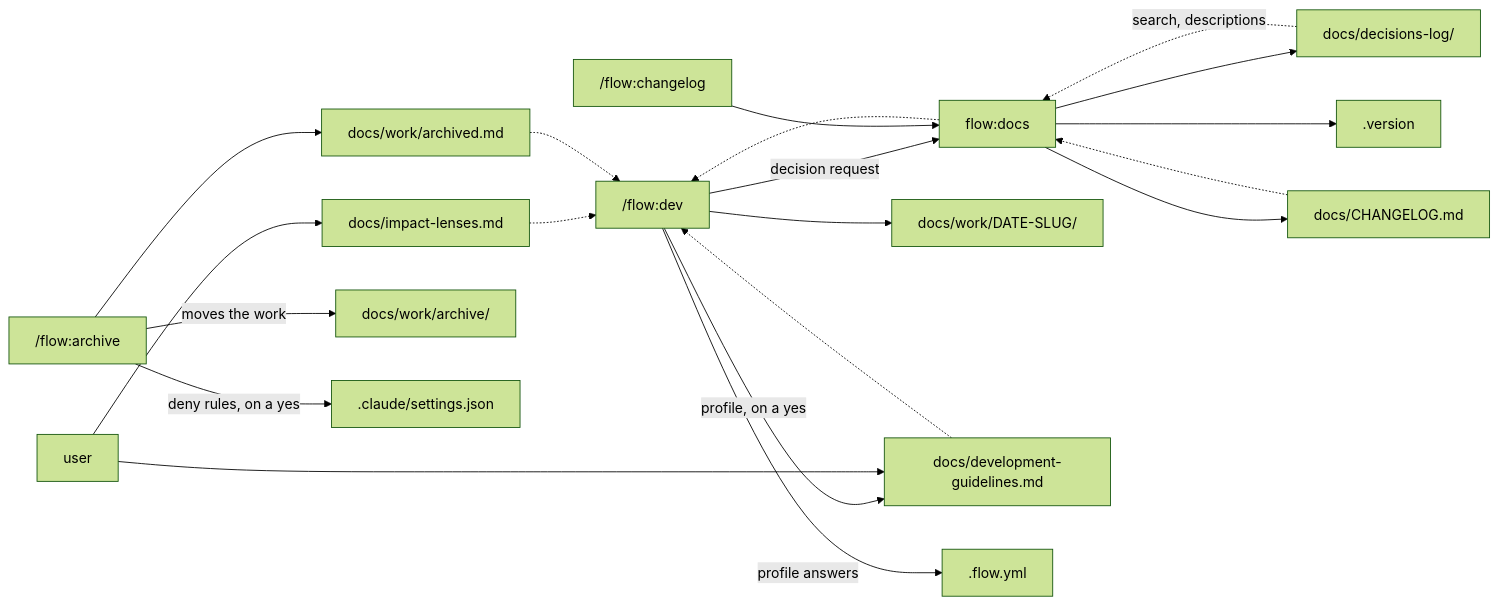
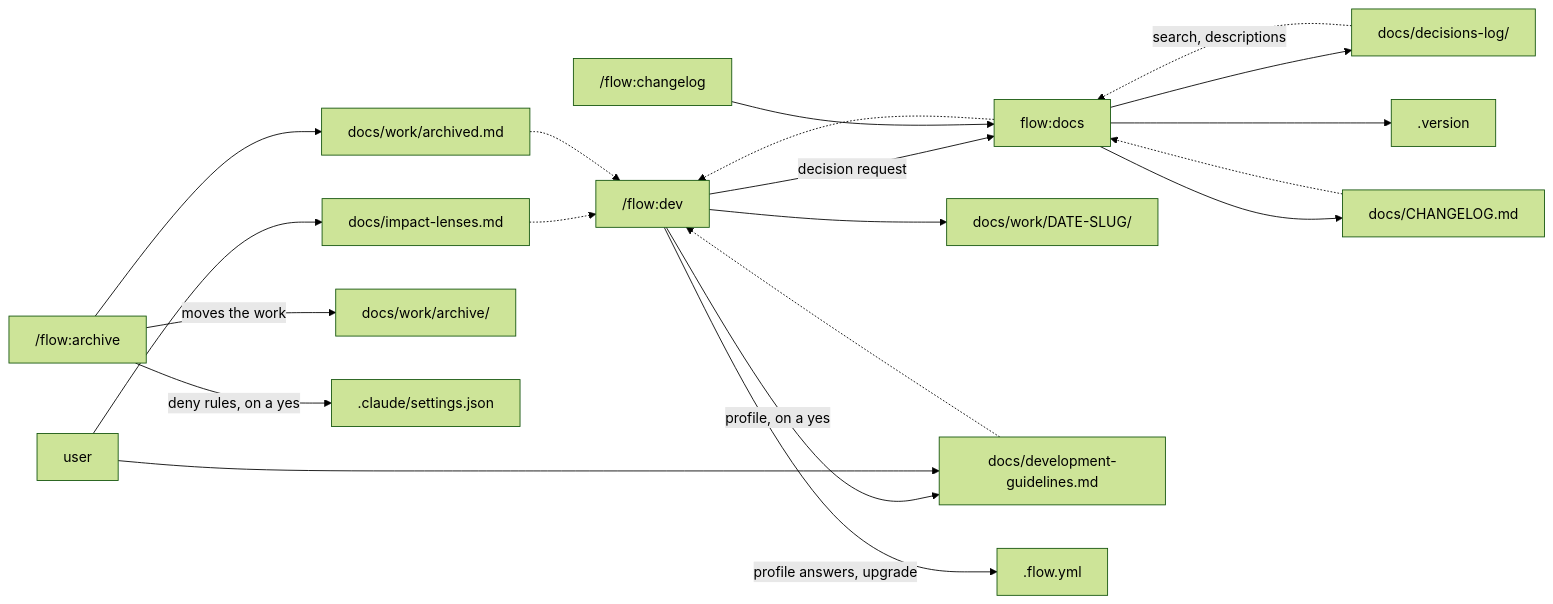
One commit to spleenteo/devflow changed the third of 4 diagrams in docs/architecture.md. Above: the diagram before and after it, drawn with Mermaid (forest theme). The commit also changed other lines of this file and 2 other files, not shown here.

Commit message:
Fix review findings on README and architecture

````diff
--- a/docs/architecture.md
+++ b/docs/architecture.md
@@ -135,37 +137,37 @@
 ```mermaid
 flowchart LR
   dev["/flow:dev"]
   docs["flow:docs"]
   chg["/flow:changelog"]
   arc["/flow:archive"]
   usr["user"]
   work["docs/work/DATE-SLUG/"]
   dec["docs/decisions-log/"]
   gl["docs/development-guidelines.md"]
   lens["docs/impact-lenses.md"]
   log["docs/CHANGELOG.md"]
   idx["docs/work/archived.md"]
   wall["docs/work/archive/"]
   ver[".version"]
   cfg[".flow.yml"]
   set[".claude/settings.json"]
   dev --> work
-  dev -->|"profile answers"| cfg
+  dev -->|"profile answers, upgrade"| cfg
   dev -->|"profile, on a yes"| gl
   dev -->|"decision request"| docs
   chg --> docs
   docs --> dec
   docs --> log
   docs --> ver
   usr --> gl
   usr --> lens
   arc -->|"moves the work"| wall
   arc --> idx
   arc -->|"deny rules, on a yes"| set
   gl -.-> dev
   lens -.-> dev
   dec -.->|"search, descriptions"| docs
   log -.-> docs
   idx -.-> dev
   docs -.-> dev
 ```
````
